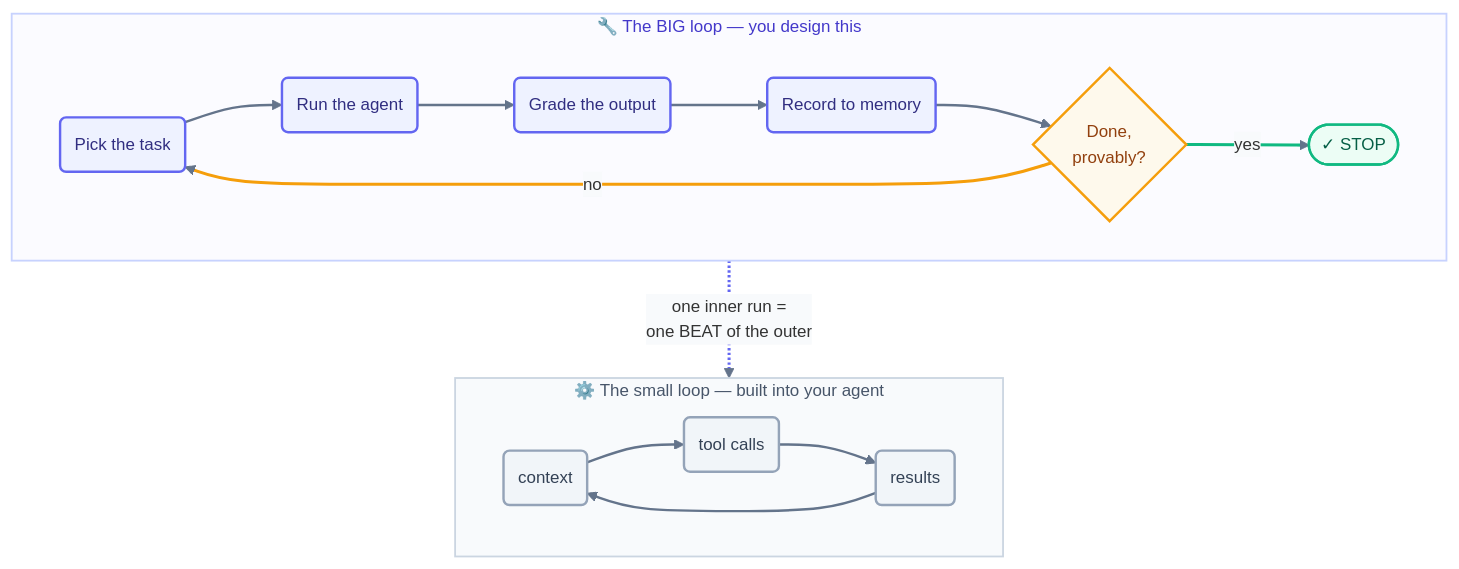
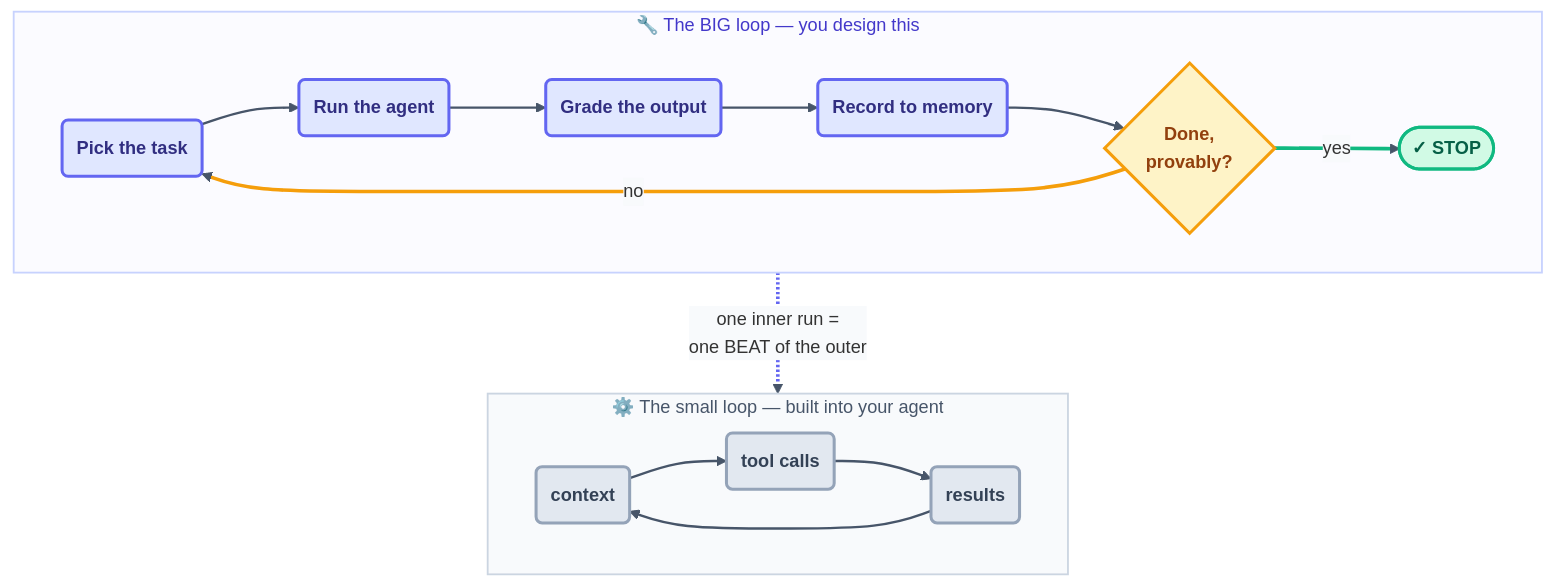
The diagram in docs/02-foundations/mental-models.md (ayeshakhalid192007-dev/LoopEngineering-CrashCourse), drawn with Mermaid before and after one commit. The commit also changed 66 other files, not shown here.

First line of the commit message:
docs(diagrams): visibly bolder pass — deeper fills, heavier strokes, semibold labels

````diff
--- a/docs/02-foundations/mental-models.md
+++ b/docs/02-foundations/mental-models.md
@@ -29,28 +29,28 @@
 ```mermaid
-%%{init: {'theme':'base','themeVariables':{'fontFamily':'ui-sans-serif, system-ui, sans-serif','fontSize':'14px','lineColor':'#64748b','edgeLabelBackground':'#f8fafc'},'flowchart':{'curve':'basis','nodeSpacing':45,'rankSpacing':55,'padding':12}}}%%
+%%{init: {'theme':'base','themeVariables':{'fontFamily':'ui-sans-serif, system-ui, sans-serif','fontSize':'15px','lineColor':'#475569','edgeLabelBackground':'#f8fafc'},'flowchart':{'curve':'basis','nodeSpacing':45,'rankSpacing':55,'padding':12}}}%%
 flowchart TD
     subgraph OUTER ["🔧  The BIG loop — you design this"]
       direction LR
       T("Pick the task"):::step --> R("Run the agent"):::step
       R --> G("Grade the output"):::step
       G --> M("Record to memory"):::step
       M --> D{"Done,<br/>provably?"}:::gate
       D -->|no| T
       D -->|yes| S(["✓ STOP"]):::stop
     end
     subgraph INNER ["⚙️  The small loop — built into your agent"]
       direction LR
       C("context"):::inner --> TC("tool calls"):::inner --> RES("results"):::inner --> C
     end
     R -.->|"one inner run =<br/>one BEAT of the outer"| INNER
-    linkStyle default stroke:#64748b,stroke-width:2px;
-    classDef step fill:#eef2ff,stroke:#6366f1,stroke-width:2px,color:#312e81;
-    classDef gate fill:#fef9ec,stroke:#f59e0b,stroke-width:2px,color:#92400e;
-    classDef stop fill:#ecfdf5,stroke:#10b981,stroke-width:2px,color:#065f46;
-    classDef inner fill:#f1f5f9,stroke:#94a3b8,stroke-width:2px,color:#334155;
+    linkStyle default stroke:#475569,stroke-width:2px;
+    classDef step fill:#e0e7ff,stroke:#6366f1,stroke-width:2.5px,color:#312e81,font-weight:600;
+    classDef gate fill:#fef3c7,stroke:#f59e0b,stroke-width:2.5px,color:#92400e,font-weight:600;
+    classDef stop fill:#d1fae5,stroke:#10b981,stroke-width:2.5px,color:#065f46,font-weight:600;
+    classDef inner fill:#e2e8f0,stroke:#94a3b8,stroke-width:2.5px,color:#334155,font-weight:600;
     style OUTER fill:#fbfbff,stroke:#c7d2fe,stroke-width:1.5px,color:#4338ca;
     style INNER fill:#f8fafc,stroke:#cbd5e1,stroke-width:1.5px,color:#475569;
-    linkStyle 4 stroke:#f59e0b,stroke-width:2.5px;
-    linkStyle 5 stroke:#10b981,stroke-width:2.5px;
-    linkStyle 9 stroke:#6366f1,stroke-width:2.5px;
+    linkStyle 4 stroke:#f59e0b,stroke-width:3px;
+    linkStyle 5 stroke:#10b981,stroke-width:3px;
+    linkStyle 9 stroke:#6366f1,stroke-width:3px;
 ```
````
